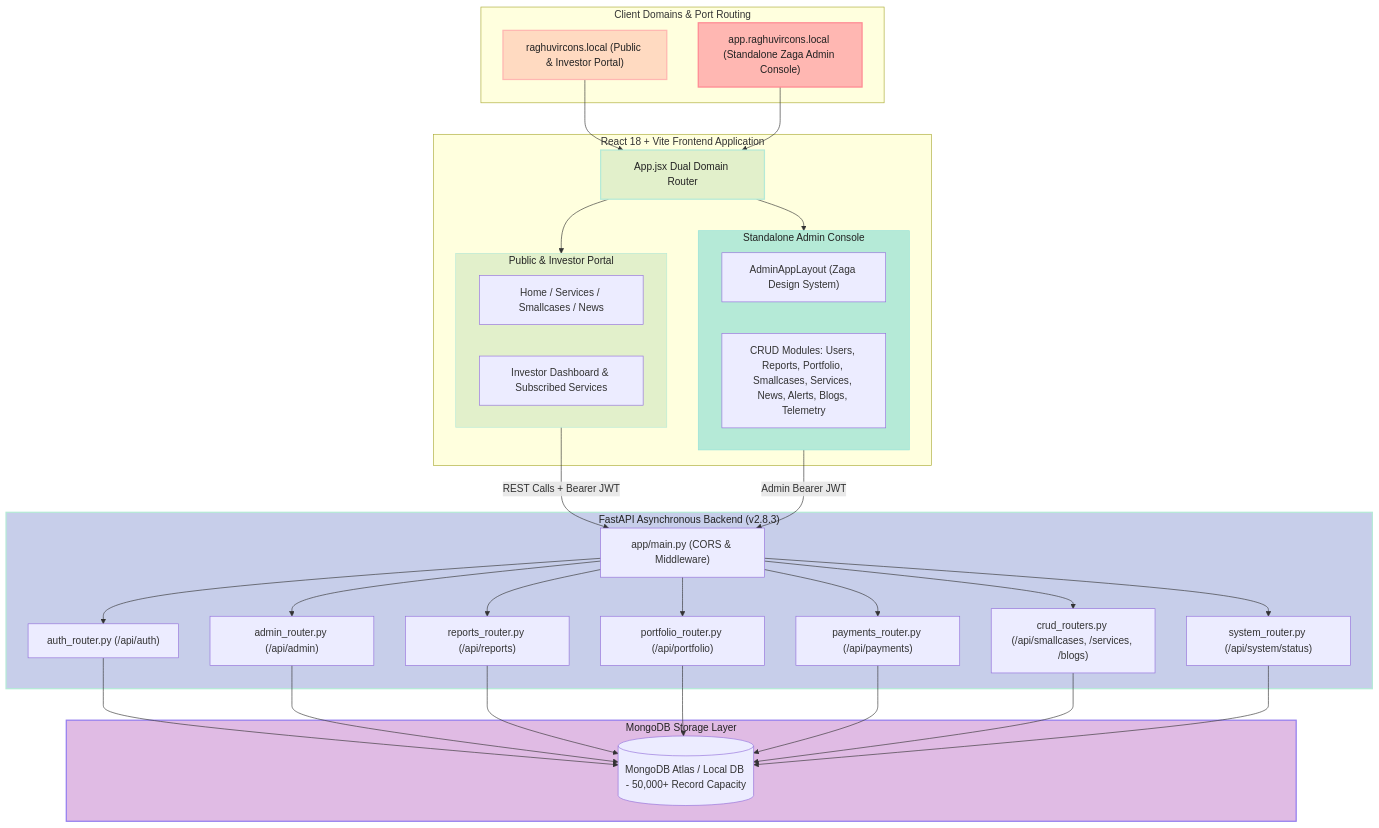
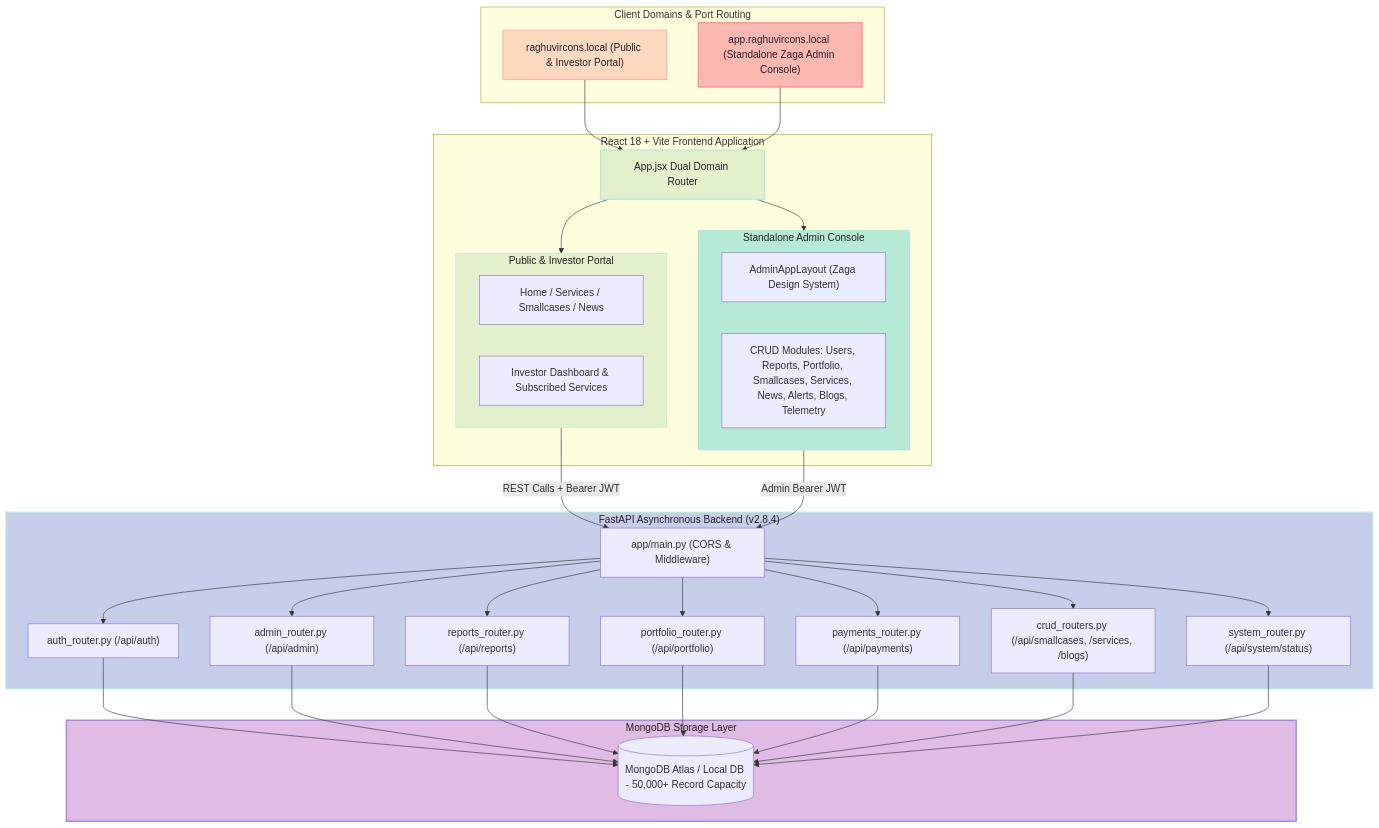
One commit to tejasrsuthar/investment-strategy-all-weather changed the first of 2 diagrams in backend/docs/ARCHITECTURE.md. Above: the diagram before and after it, drawn with Mermaid. The commit also changed other lines of this file and 8 other files, not shown here.

````diff
--- a/backend/docs/ARCHITECTURE.md
+++ b/backend/docs/ARCHITECTURE.md
@@ -14,70 +14,70 @@
 ```mermaid
 graph TD
     subgraph ClientDomains["Client Domains & Port Routing"]
         PublicDomain["raghuvircons.local (Public & Investor Portal)"]
         AdminDomain["app.raghuvircons.local (Standalone Zaga Admin Console)"]
     end
 
     subgraph ReactFrontend["React 18 + Vite Frontend Application"]
         AppRouter["App.jsx Dual Domain Router"]
         
         subgraph PublicPortal["Public & Investor Portal"]
           PublicViews["Home / Services / Smallcases / News"]
           InvestorPortal["Investor Dashboard & Subscribed Services"]
         end
 
         subgraph ZagaAdmin["Standalone Admin Console"]
           AdminLayout["AdminAppLayout (Zaga Design System)"]
           AdminModules["CRUD Modules: Users, Reports, Portfolio, Smallcases, Services, News, Alerts, Blogs, Telemetry"]
         end
       end
 
-    subgraph FastAPIServer["FastAPI Asynchronous Backend (v2.8.3)"]
+    subgraph FastAPIServer["FastAPI Asynchronous Backend (v2.8.4)"]
         API["app/main.py (CORS & Middleware)"]
         AuthRouter["auth_router.py (/api/auth)"]
         AdminRouter["admin_router.py (/api/admin)"]
         ReportsRouter["reports_router.py (/api/reports)"]
         PortfolioRouter["portfolio_router.py (/api/portfolio)"]
         PaymentsRouter["payments_router.py (/api/payments)"]
         CRUDRouters["crud_routers.py (/api/smallcases, /services, /blogs)"]
         SystemRouter["system_router.py (/api/system/status)"]
     end
 
     subgraph DataStore["MongoDB Storage Layer"]
         MongoDB[(MongoDB Atlas / Local DB - 50,000+ Record Capacity)]
     end
 
     PublicDomain --> AppRouter
     AdminDomain --> AppRouter
 
     AppRouter --> PublicPortal
     AppRouter --> ZagaAdmin
 
     PublicPortal -->|REST Calls + Bearer JWT| API
     ZagaAdmin -->|Admin Bearer JWT| API
 
     API --> AuthRouter
     API --> AdminRouter
     API --> ReportsRouter
     API --> PortfolioRouter
     API --> PaymentsRouter
     API --> CRUDRouters
     API --> SystemRouter
 
     AuthRouter --> MongoDB
     AdminRouter --> MongoDB
     ReportsRouter --> MongoDB
     PortfolioRouter --> MongoDB
     PaymentsRouter --> MongoDB
     CRUDRouters --> MongoDB
     SystemRouter --> MongoDB
 
     %% Pastel Color Palette Styling
     style PublicDomain fill:#FFDAC1,stroke:#FFB7B2,stroke-width:2px,color:#222;
     style AdminDomain fill:#FFB7B2,stroke:#FF8B94,stroke-width:2px,color:#222;
     style AppRouter fill:#E2F0CB,stroke:#B5EAD7,stroke-width:2px,color:#222;
     style PublicPortal fill:#E2F0CB,stroke:#B5EAD7,stroke-width:1px,color:#222;
     style ZagaAdmin fill:#B5EAD7,stroke:#93E1D8,stroke-width:1px,color:#222;
     style FastAPIServer fill:#C7CEEA,stroke:#B5EAD7,stroke-width:2px,color:#222;
     style DataStore fill:#E0BBE4,stroke:#957FEF,stroke-width:2px,color:#222;
 ```
````
